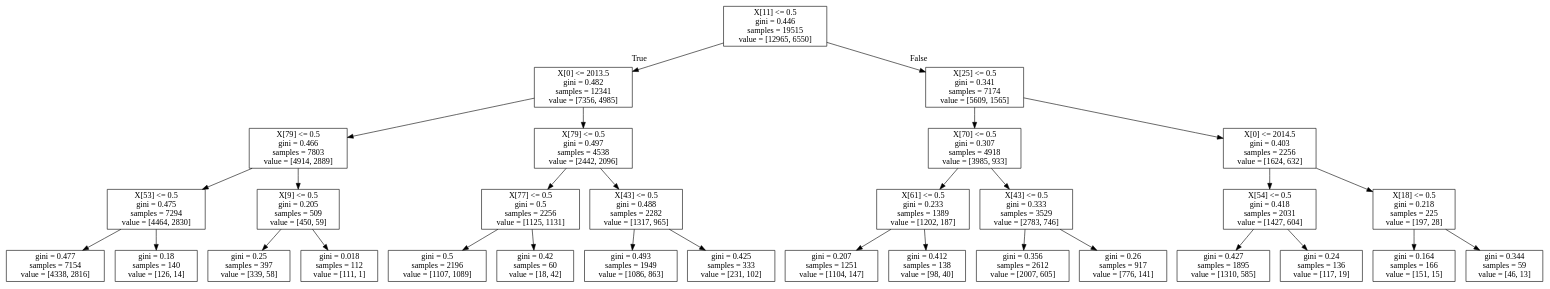
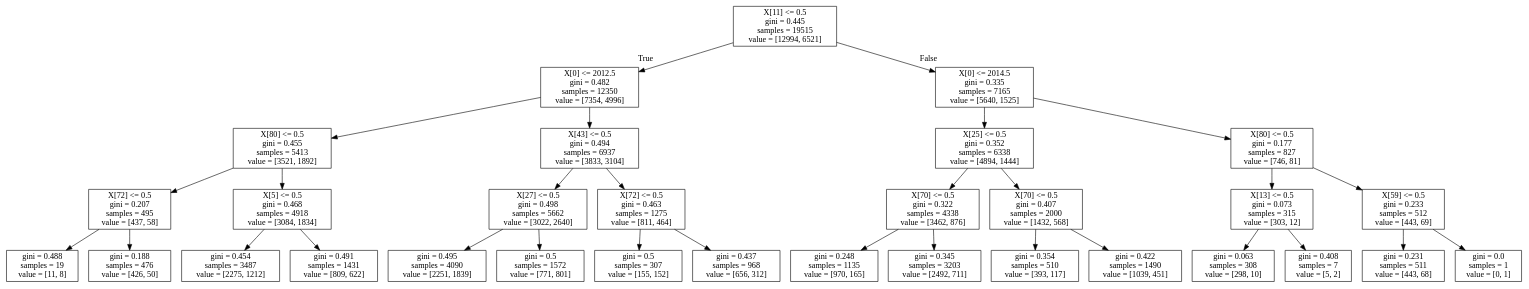
One commit to brunomeneghesso/Cdados_final changed the diagram in blabla.dot. Above: the diagram before and after it, drawn with Graphviz. The commit also changed 1 other file, not shown here.

```diff
--- a/blabla.dot
+++ b/blabla.dot
@@ -1,64 +1,64 @@
 digraph Tree {
 node [shape=box] ;
-0 [label="X[11] <= 0.5\ngini = 0.446\nsamples = 19515\nvalue = [12965, 6550]"] ;
-1 [label="X[0] <= 2013.5\ngini = 0.482\nsamples = 12341\nvalue = [7356, 4985]"] ;
+0 [label="X[11] <= 0.5\ngini = 0.445\nsamples = 19515\nvalue = [12994, 6521]"] ;
+1 [label="X[0] <= 2012.5\ngini = 0.482\nsamples = 12350\nvalue = [7354, 4996]"] ;
 0 -> 1 [labeldistance=2.5, labelangle=45, headlabel="True"] ;
-2 [label="X[79] <= 0.5\ngini = 0.466\nsamples = 7803\nvalue = [4914, 2889]"] ;
+2 [label="X[80] <= 0.5\ngini = 0.455\nsamples = 5413\nvalue = [3521, 1892]"] ;
 1 -> 2 ;
-3 [label="X[53] <= 0.5\ngini = 0.475\nsamples = 7294\nvalue = [4464, 2830]"] ;
+3 [label="X[72] <= 0.5\ngini = 0.207\nsamples = 495\nvalue = [437, 58]"] ;
 2 -> 3 ;
-4 [label="gini = 0.477\nsamples = 7154\nvalue = [4338, 2816]"] ;
+4 [label="gini = 0.488\nsamples = 19\nvalue = [11, 8]"] ;
 3 -> 4 ;
-5 [label="gini = 0.18\nsamples = 140\nvalue = [126, 14]"] ;
+5 [label="gini = 0.188\nsamples = 476\nvalue = [426, 50]"] ;
 3 -> 5 ;
-6 [label="X[9] <= 0.5\ngini = 0.205\nsamples = 509\nvalue = [450, 59]"] ;
+6 [label="X[5] <= 0.5\ngini = 0.468\nsamples = 4918\nvalue = [3084, 1834]"] ;
 2 -> 6 ;
-7 [label="gini = 0.25\nsamples = 397\nvalue = [339, 58]"] ;
+7 [label="gini = 0.454\nsamples = 3487\nvalue = [2275, 1212]"] ;
 6 -> 7 ;
-8 [label="gini = 0.018\nsamples = 112\nvalue = [111, 1]"] ;
+8 [label="gini = 0.491\nsamples = 1431\nvalue = [809, 622]"] ;
 6 -> 8 ;
-9 [label="X[79] <= 0.5\ngini = 0.497\nsamples = 4538\nvalue = [2442, 2096]"] ;
+9 [label="X[43] <= 0.5\ngini = 0.494\nsamples = 6937\nvalue = [3833, 3104]"] ;
 1 -> 9 ;
-10 [label="X[77] <= 0.5\ngini = 0.5\nsamples = 2256\nvalue = [1125, 1131]"] ;
+10 [label="X[27] <= 0.5\ngini = 0.498\nsamples = 5662\nvalue = [3022, 2640]"] ;
 9 -> 10 ;
-11 [label="gini = 0.5\nsamples = 2196\nvalue = [1107, 1089]"] ;
+11 [label="gini = 0.495\nsamples = 4090\nvalue = [2251, 1839]"] ;
 10 -> 11 ;
-12 [label="gini = 0.42\nsamples = 60\nvalue = [18, 42]"] ;
+12 [label="gini = 0.5\nsamples = 1572\nvalue = [771, 801]"] ;
 10 -> 12 ;
-13 [label="X[43] <= 0.5\ngini = 0.488\nsamples = 2282\nvalue = [1317, 965]"] ;
+13 [label="X[72] <= 0.5\ngini = 0.463\nsamples = 1275\nvalue = [811, 464]"] ;
 9 -> 13 ;
-14 [label="gini = 0.493\nsamples = 1949\nvalue = [1086, 863]"] ;
+14 [label="gini = 0.5\nsamples = 307\nvalue = [155, 152]"] ;
 13 -> 14 ;
-15 [label="gini = 0.425\nsamples = 333\nvalue = [231, 102]"] ;
+15 [label="gini = 0.437\nsamples = 968\nvalue = [656, 312]"] ;
 13 -> 15 ;
-16 [label="X[25] <= 0.5\ngini = 0.341\nsamples = 7174\nvalue = [5609, 1565]"] ;
+16 [label="X[0] <= 2014.5\ngini = 0.335\nsamples = 7165\nvalue = [5640, 1525]"] ;
 0 -> 16 [labeldistance=2.5, labelangle=-45, headlabel="False"] ;
-17 [label="X[70] <= 0.5\ngini = 0.307\nsamples = 4918\nvalue = [3985, 933]"] ;
+17 [label="X[25] <= 0.5\ngini = 0.352\nsamples = 6338\nvalue = [4894, 1444]"] ;
 16 -> 17 ;
-18 [label="X[61] <= 0.5\ngini = 0.233\nsamples = 1389\nvalue = [1202, 187]"] ;
+18 [label="X[70] <= 0.5\ngini = 0.322\nsamples = 4338\nvalue = [3462, 876]"] ;
 17 -> 18 ;
-19 [label="gini = 0.207\nsamples = 1251\nvalue = [1104, 147]"] ;
+19 [label="gini = 0.248\nsamples = 1135\nvalue = [970, 165]"] ;
 18 -> 19 ;
-20 [label="gini = 0.412\nsamples = 138\nvalue = [98, 40]"] ;
+20 [label="gini = 0.345\nsamples = 3203\nvalue = [2492, 711]"] ;
 18 -> 20 ;
-21 [label="X[43] <= 0.5\ngini = 0.333\nsamples = 3529\nvalue = [2783, 746]"] ;
+21 [label="X[70] <= 0.5\ngini = 0.407\nsamples = 2000\nvalue = [1432, 568]"] ;
 17 -> 21 ;
-22 [label="gini = 0.356\nsamples = 2612\nvalue = [2007, 605]"] ;
+22 [label="gini = 0.354\nsamples = 510\nvalue = [393, 117]"] ;
 21 -> 22 ;
-23 [label="gini = 0.26\nsamples = 917\nvalue = [776, 141]"] ;
+23 [label="gini = 0.422\nsamples = 1490\nvalue = [1039, 451]"] ;
 21 -> 23 ;
-24 [label="X[0] <= 2014.5\ngini = 0.403\nsamples = 2256\nvalue = [1624, 632]"] ;
+24 [label="X[80] <= 0.5\ngini = 0.177\nsamples = 827\nvalue = [746, 81]"] ;
 16 -> 24 ;
-25 [label="X[54] <= 0.5\ngini = 0.418\nsamples = 2031\nvalue = [1427, 604]"] ;
+25 [label="X[13] <= 0.5\ngini = 0.073\nsamples = 315\nvalue = [303, 12]"] ;
 24 -> 25 ;
-26 [label="gini = 0.427\nsamples = 1895\nvalue = [1310, 585]"] ;
+26 [label="gini = 0.063\nsamples = 308\nvalue = [298, 10]"] ;
 25 -> 26 ;
-27 [label="gini = 0.24\nsamples = 136\nvalue = [117, 19]"] ;
+27 [label="gini = 0.408\nsamples = 7\nvalue = [5, 2]"] ;
 25 -> 27 ;
-28 [label="X[18] <= 0.5\ngini = 0.218\nsamples = 225\nvalue = [197, 28]"] ;
+28 [label="X[59] <= 0.5\ngini = 0.233\nsamples = 512\nvalue = [443, 69]"] ;
 24 -> 28 ;
-29 [label="gini = 0.164\nsamples = 166\nvalue = [151, 15]"] ;
+29 [label="gini = 0.231\nsamples = 511\nvalue = [443, 68]"] ;
 28 -> 29 ;
-30 [label="gini = 0.344\nsamples = 59\nvalue = [46, 13]"] ;
+30 [label="gini = 0.0\nsamples = 1\nvalue = [0, 1]"] ;
 28 -> 30 ;
 }
```
